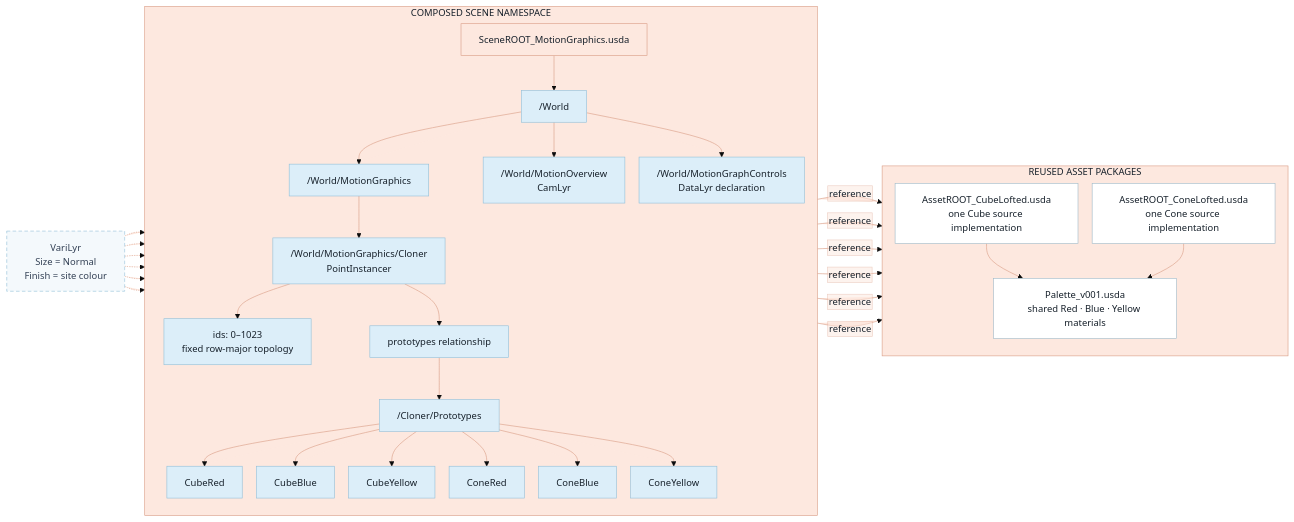
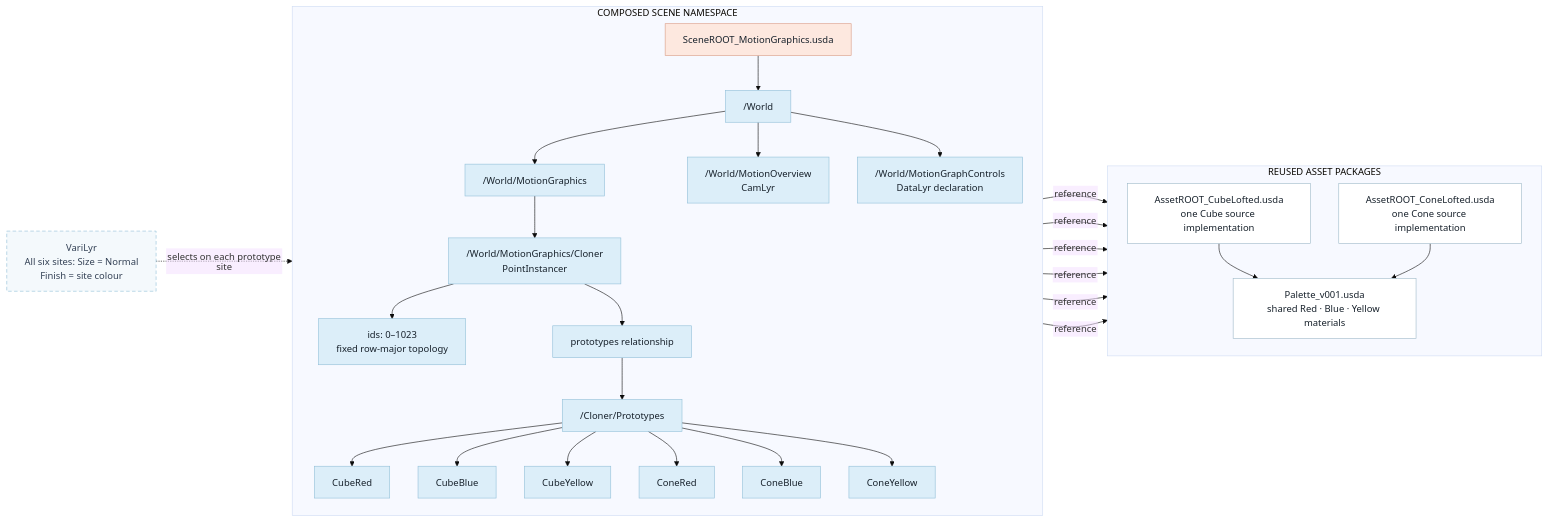
Before and after one commit to jph2/OpenUSD_GoodStart_CompositionContract: the third of 16 diagrams in examples/01_LayeredScene/README.md, drawn with Mermaid (base theme). The commit also changed other lines of this file and 3 other files, not shown here.

Commit message:
Fix Mermaid scene diagrams and refresh starter documentation

````diff
--- a/examples/01_LayeredScene/README.md
+++ b/examples/01_LayeredScene/README.md
@@ -273,55 +273,51 @@
 ```mermaid
-%%{init: {"flowchart": {"htmlLabels": false, "wrappingWidth": 250, "nodeSpacing": 24, "rankSpacing": 34}}}%%
+%%{init: {"flowchart": {"htmlLabels": false, "wrappingWidth": 250, "nodeSpacing": 48, "rankSpacing": 34}}}%%
 flowchart LR
     accTitle: MotionGraphics composed USD prim namespace
     accDescr: The root composes a World containing the motion cloner, overview camera and DATA control declaration. The cloner has one PointInstancer with stable IDs 0 to 1023 and six prototype reference sites. Those sites reuse only a Cube and Cone asset root; VariLyr supplies their Size and Finish selections.
 
     subgraph NS["COMPOSED SCENE NAMESPACE"]
         direction TB
         ROOT["SceneROOT_MotionGraphics.usda"] --> WORLD["/World"]
         WORLD --> MG["/World/MotionGraphics"]
         MG --> CLONER["/World/MotionGraphics/Cloner<br/>PointInstancer"]
         CLONER --> IDS["ids: 0–1023<br/>fixed row-major topology"]
         CLONER --> PROTOS["prototypes relationship"]
         PROTOS --> SITES["/Cloner/Prototypes"]
         SITES --> CR["CubeRed"]
         SITES --> CB["CubeBlue"]
         SITES --> CY["CubeYellow"]
         SITES --> NR["ConeRed"]
         SITES --> NB["ConeBlue"]
         SITES --> NY["ConeYellow"]
         WORLD --> CAMERA["/World/MotionOverview<br/>CamLyr"]
         WORLD --> CONTROLS["/World/MotionGraphControls<br/>DataLyr declaration"]
     end
 
     subgraph SOURCE["REUSED ASSET PACKAGES"]
         direction TB
         CUBE["AssetROOT_CubeLofted.usda<br/>one Cube source implementation"]
         CONE["AssetROOT_ConeLofted.usda<br/>one Cone source implementation"]
         PALETTE["Palette_v001.usda<br/>shared Red · Blue · Yellow materials"]
         CUBE --> PALETTE
         CONE --> PALETTE
     end
 
     CR -->|reference| CUBE
     CB -->|reference| CUBE
     CY -->|reference| CUBE
     NR -->|reference| CONE
     NB -->|reference| CONE
     NY -->|reference| CONE
-    SELECT["VariLyr<br/>Size = Normal<br/>Finish = site colour"] -.-> CR
-    SELECT -.-> CB
-    SELECT -.-> CY
-    SELECT -.-> NR
-    SELECT -.-> NB
-    SELECT -.-> NY
+    SELECT["VariLyr<br/>All six sites: Size = Normal<br/>Finish = site colour"] -.->|selects on each prototype site| SITES
 
-    classDef root fill:#fde8df,stroke:#d99b84,color:#17212b
-    classDef scene fill:#dceef9,stroke:#91bfd8,color:#17212b
-    classDef source fill:#ffffff,stroke:#9db9c8,color:#17212b
-    classDef control fill:#f4f9fc,stroke:#91bfd8,color:#334155,stroke-dasharray:6 4
-    class ROOT root
-    class WORLD,MG,CLONER,IDS,PROTOS,SITES,CR,CB,CY,NR,NB,NY,CAMERA,CONTROLS scene
-    class CUBE,CONE,PALETTE source
-    class SELECT control
+    classDef motionRoot fill:#fde8df,stroke:#d99b84,color:#17212b
+    classDef motionScene fill:#dceef9,stroke:#91bfd8,color:#17212b
+    classDef motionSource fill:#ffffff,stroke:#9db9c8,color:#17212b
+    classDef motionControl fill:#f4f9fc,stroke:#91bfd8,color:#334155,stroke-dasharray:6 4
+    class ROOT motionRoot
+    class WORLD,MG,CLONER,IDS,PROTOS,SITES,CR,CB,CY,NR,NB,NY,CAMERA,CONTROLS motionScene
+    class CUBE,CONE,PALETTE motionSource
+    class SELECT motionControl
+    linkStyle default fill:none
 ```
````
